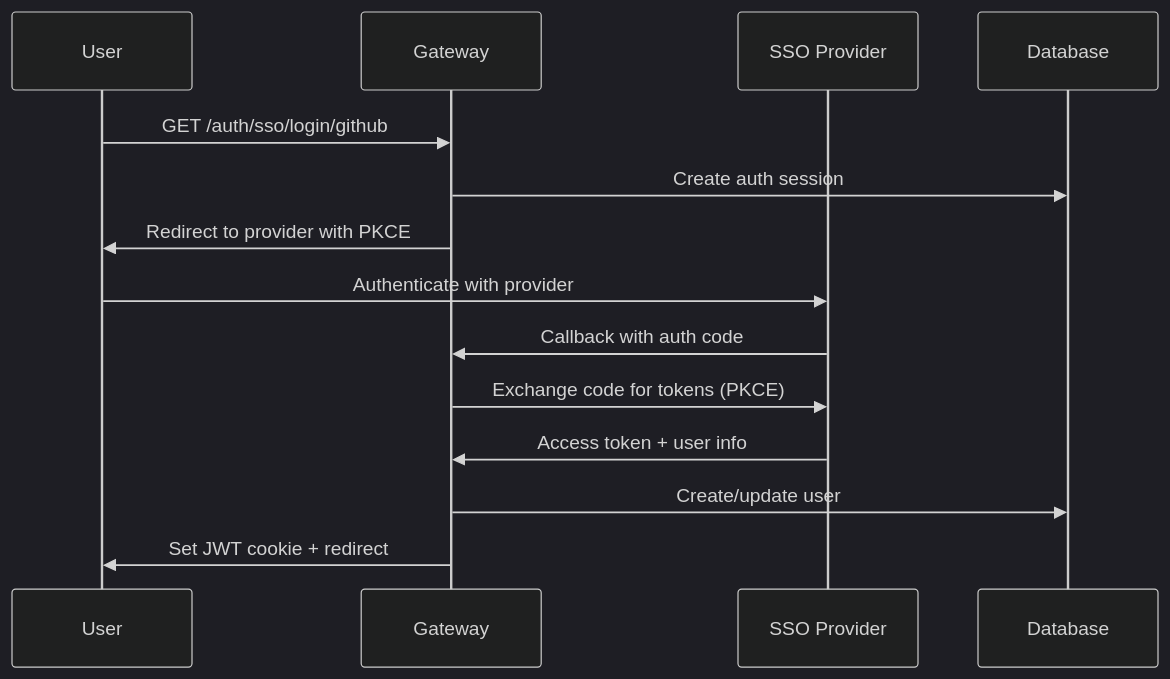
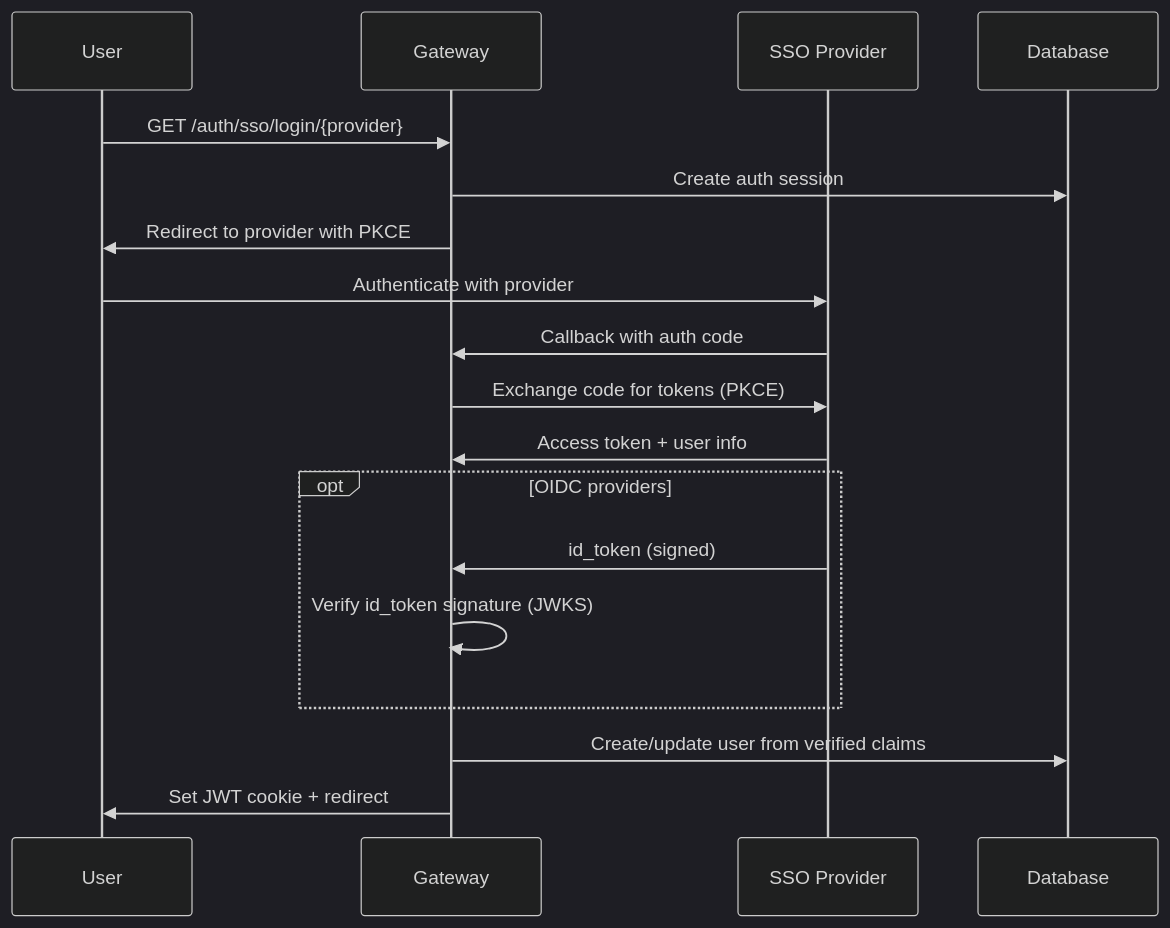
The diagram in docs/docs/manage/sso.md (tedhabeck/mcp-context-forge), drawn with Mermaid (dark theme) before and after one commit. The commit also changed other lines of this file and 42 other files, not shown here.

````diff
--- a/docs/docs/manage/sso.md
+++ b/docs/docs/manage/sso.md
@@ -26,17 +26,21 @@
 ```mermaid
 sequenceDiagram
     participant U as User
     participant G as Gateway
     participant P as SSO Provider
     participant D as Database
 
-    U->>G: GET /auth/sso/login/github
+    U->>G: GET /auth/sso/login/{provider}
     G->>D: Create auth session
     G->>U: Redirect to provider with PKCE
     U->>P: Authenticate with provider
     P->>G: Callback with auth code
     G->>P: Exchange code for tokens (PKCE)
     P->>G: Access token + user info
-    G->>D: Create/update user
+    opt OIDC providers
+        P->>G: id_token (signed)
+        G->>G: Verify id_token signature (JWKS)
+    end
+    G->>D: Create/update user from verified claims
     G->>U: Set JWT cookie + redirect
 ```
````
